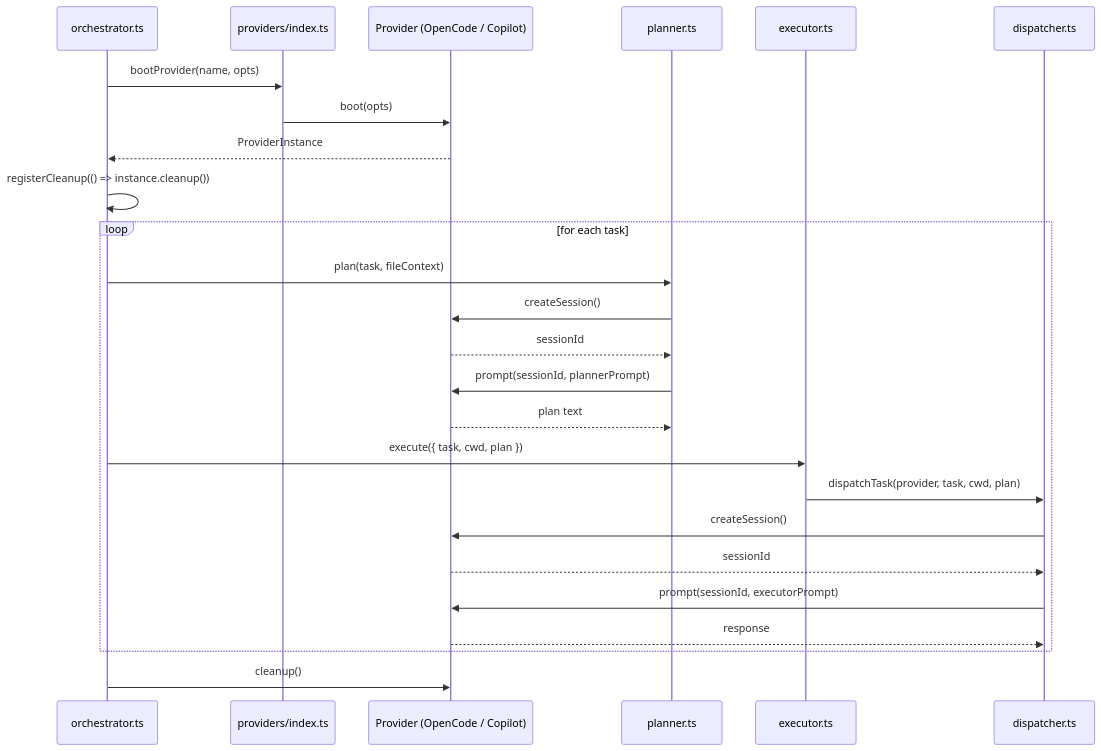
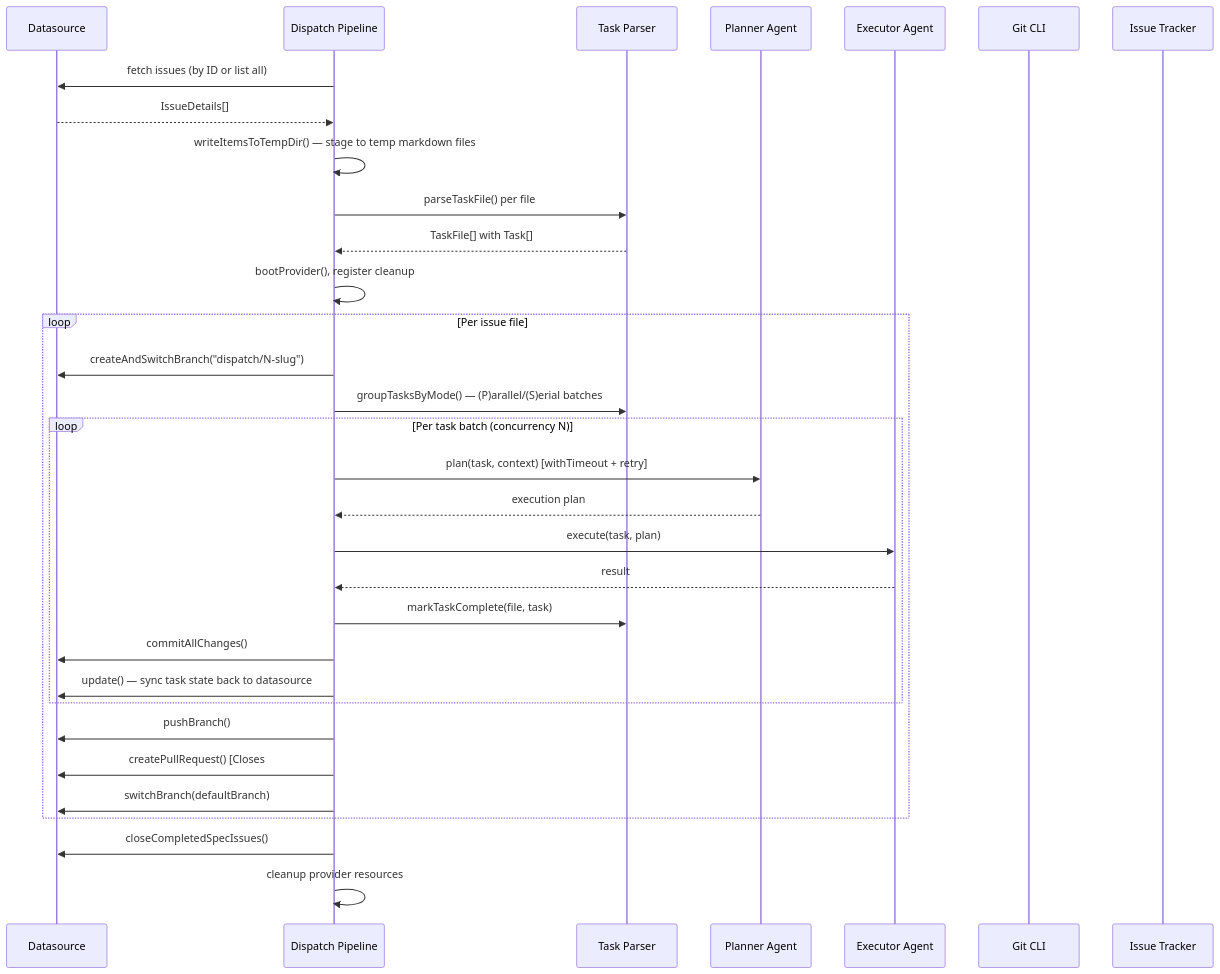
Before and after one commit to PatrickRuddiman/Dispatch: the fourth of 5 diagrams in docs/architecture.md, drawn with Mermaid. The commit also changed other lines of this file and 53 other files, not shown here.

````diff
--- a/docs/architecture.md
+++ b/docs/architecture.md
@@ -239,31 +147,45 @@
 ```mermaid
 sequenceDiagram
-    participant Orch as orchestrator.ts
-    participant Reg as providers/index.ts
-    participant Prov as Provider (OpenCode / Copilot)
-    participant Plan as planner.ts
-    participant Exec as executor.ts
-    participant Disp as dispatcher.ts
+    participant DS as Datasource
+    participant DP as Dispatch Pipeline
+    participant Parser as Task Parser
+    participant Planner as Planner Agent
+    participant Executor as Executor Agent
+    participant Git as Git CLI
+    participant Tracker as Issue Tracker
 
-    Orch->>Reg: bootProvider(name, opts)
-    Reg->>Prov: boot(opts)
-    Prov-->>Orch: ProviderInstance
-    Orch->>Orch: registerCleanup(() => instance.cleanup())
+    DP->>DS: fetch issues (by ID or list all)
+    DS-->>DP: IssueDetails[]
 
-    loop for each task
-        Orch->>Plan: plan(task, fileContext)
-        Plan->>Prov: createSession()
-        Prov-->>Plan: sessionId
-        Plan->>Prov: prompt(sessionId, plannerPrompt)
-        Prov-->>Plan: plan text
+    DP->>DP: writeItemsToTempDir() — stage to temp markdown files
 
-        Orch->>Exec: execute({ task, cwd, plan })
-        Exec->>Disp: dispatchTask(provider, task, cwd, plan)
-        Disp->>Prov: createSession()
-        Prov-->>Disp: sessionId
-        Disp->>Prov: prompt(sessionId, executorPrompt)
-        Prov-->>Disp: response
+    DP->>Parser: parseTaskFile() per file
+    Parser-->>DP: TaskFile[] with Task[]
+
+    DP->>DP: bootProvider(), register cleanup
+
+    loop Per issue file
+        DP->>DS: createAndSwitchBranch("dispatch/N-slug")
+
+        DP->>Parser: groupTasksByMode() — (P)arallel/(S)erial batches
+
+        loop Per task batch (concurrency N)
+            DP->>Planner: plan(task, context) [withTimeout + retry]
+            Planner-->>DP: execution plan
+
+            DP->>Executor: execute(task, plan)
+            Executor-->>DP: result
+
+            DP->>Parser: markTaskComplete(file, task)
+            DP->>DS: commitAllChanges()
+            DP->>DS: update() — sync task state back to datasource
+        end
+
+        DP->>DS: pushBranch()
+        DP->>DS: createPullRequest() [Closes #N / Resolves AB#N]
+        DP->>DS: switchBranch(defaultBranch)
     end
 
-    Orch->>Prov: cleanup()
+    DP->>DS: closeCompletedSpecIssues()
+    DP->>DP: cleanup provider resources
 ```
````
